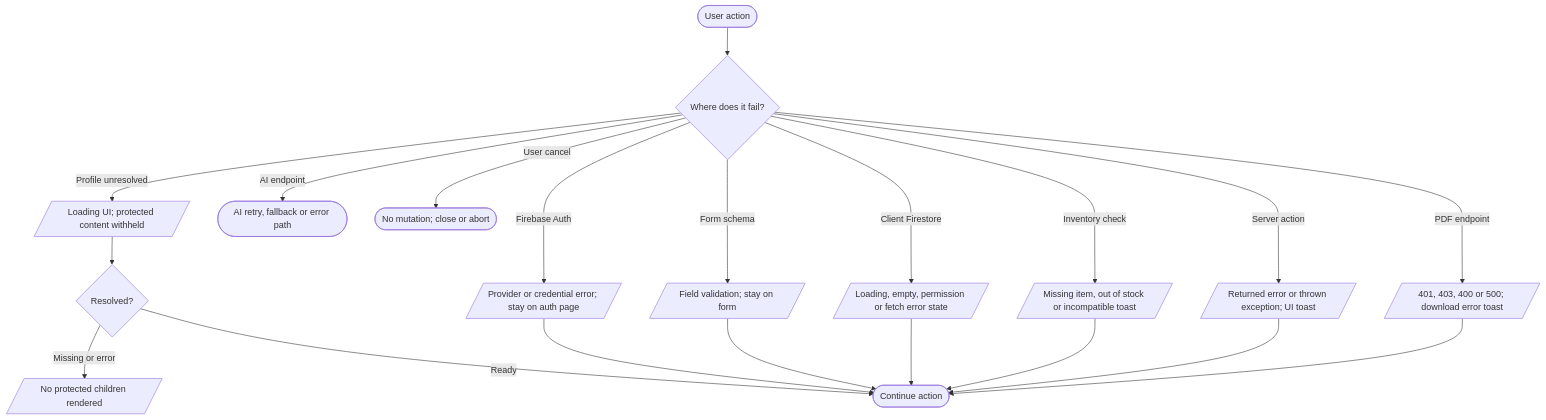
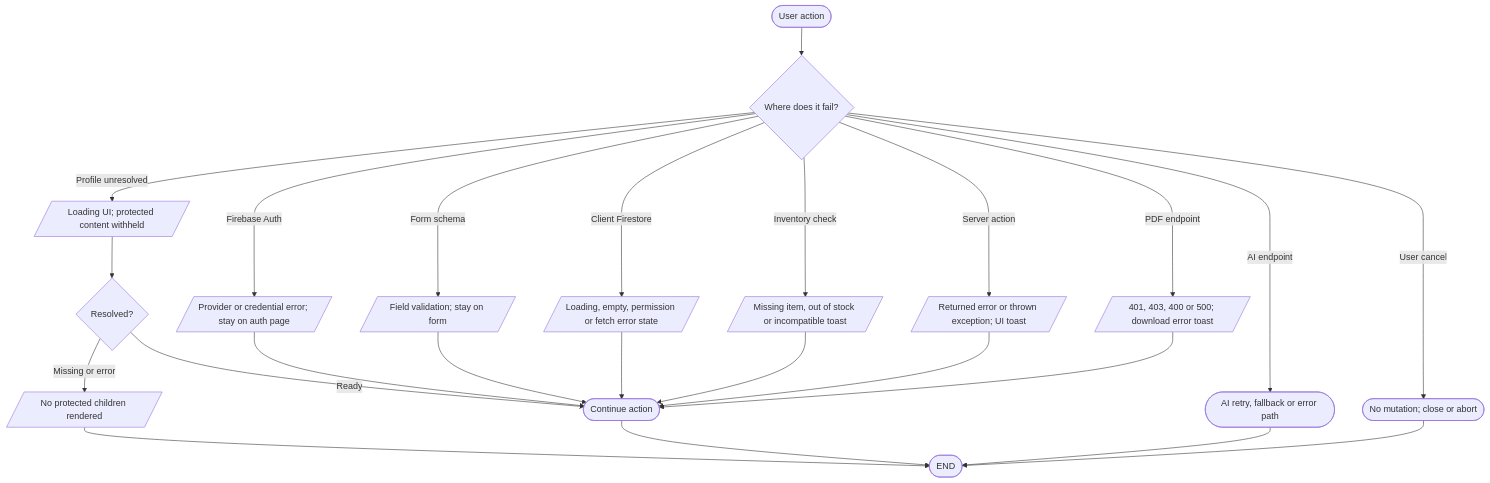
Before and after one commit to VirgenRayzon/BuilbotAI: the diagram in docs/flowcharts/error-handling-flowcharts.md, drawn with Mermaid. The commit also changed other lines of this file and 109 other files, not shown here.

Commit message:
feat(builder): add live recommendations, budget slider, and updated system flowcharts

````diff
--- a/docs/flowcharts/error-handling-flowcharts.md
+++ b/docs/flowcharts/error-handling-flowcharts.md
@@ -3,22 +7,26 @@
 ```mermaid
 flowchart TD
   Start([User action]) --> Layer{Where does it fail?}
   Layer -- Profile unresolved --> Wait[/Loading UI; protected content withheld/]
   Wait --> Resolved{Resolved?}
   Resolved -- Missing or error --> Denied[/No protected children rendered/]
   Resolved -- Ready --> RetryAction([Continue action])
   Layer -- Form schema --> Form[/Field validation; stay on form/]
   Layer -- Firebase Auth --> Auth[/Provider or credential error; stay on auth page/]
   Layer -- Client Firestore --> Firestore[/Loading, empty, permission or fetch error state/]
   Layer -- Inventory check --> Stock[/Missing item, out of stock or incompatible toast/]
   Layer -- Server action --> Action[/Returned error or thrown exception; UI toast/]
   Layer -- AI endpoint --> Ai([AI retry, fallback or error path])
   Layer -- PDF endpoint --> Pdf[/401, 403, 400 or 500; download error toast/]
   Layer -- User cancel --> Cancel([No mutation; close or abort])
   Auth --> RetryAction
   Form --> RetryAction
   Firestore --> RetryAction
   Stock --> RetryAction
   Action --> RetryAction
   Pdf --> RetryAction
+  Denied --> Finish([END])
+  RetryAction --> Finish
+  Ai --> Finish
+  Cancel --> Finish
 ```
````
